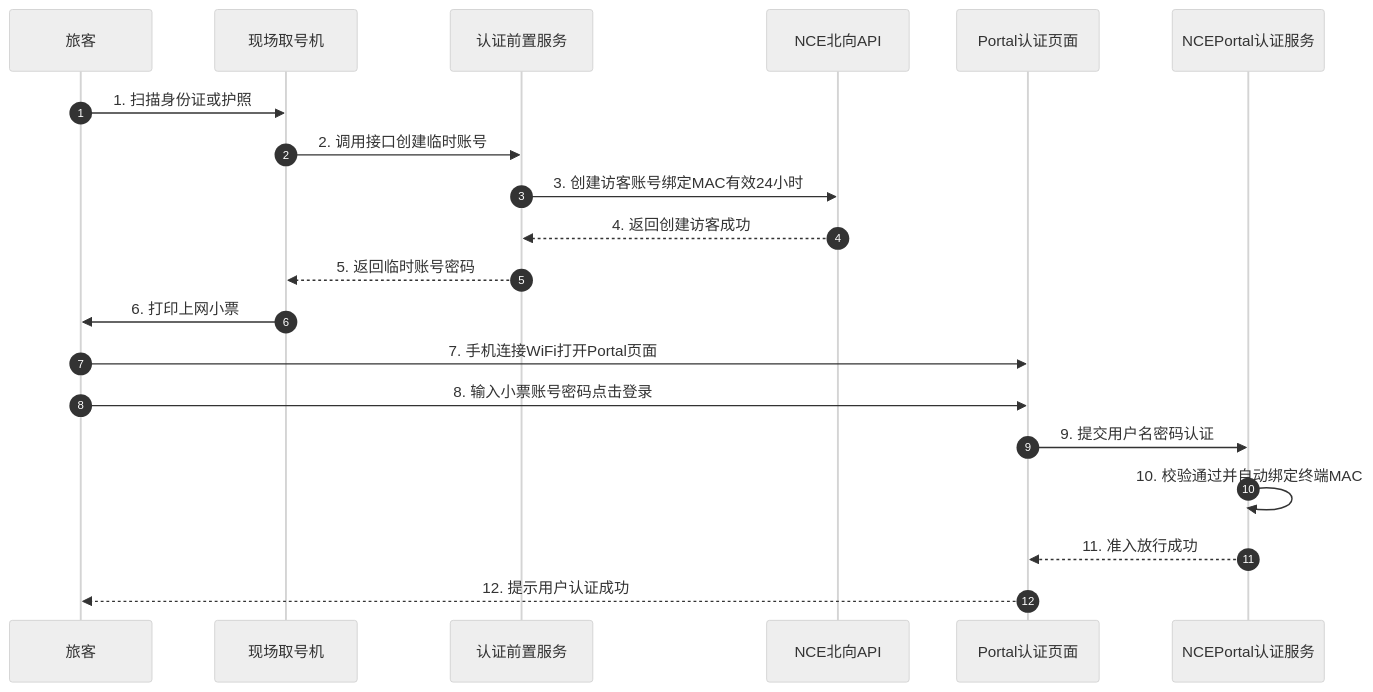
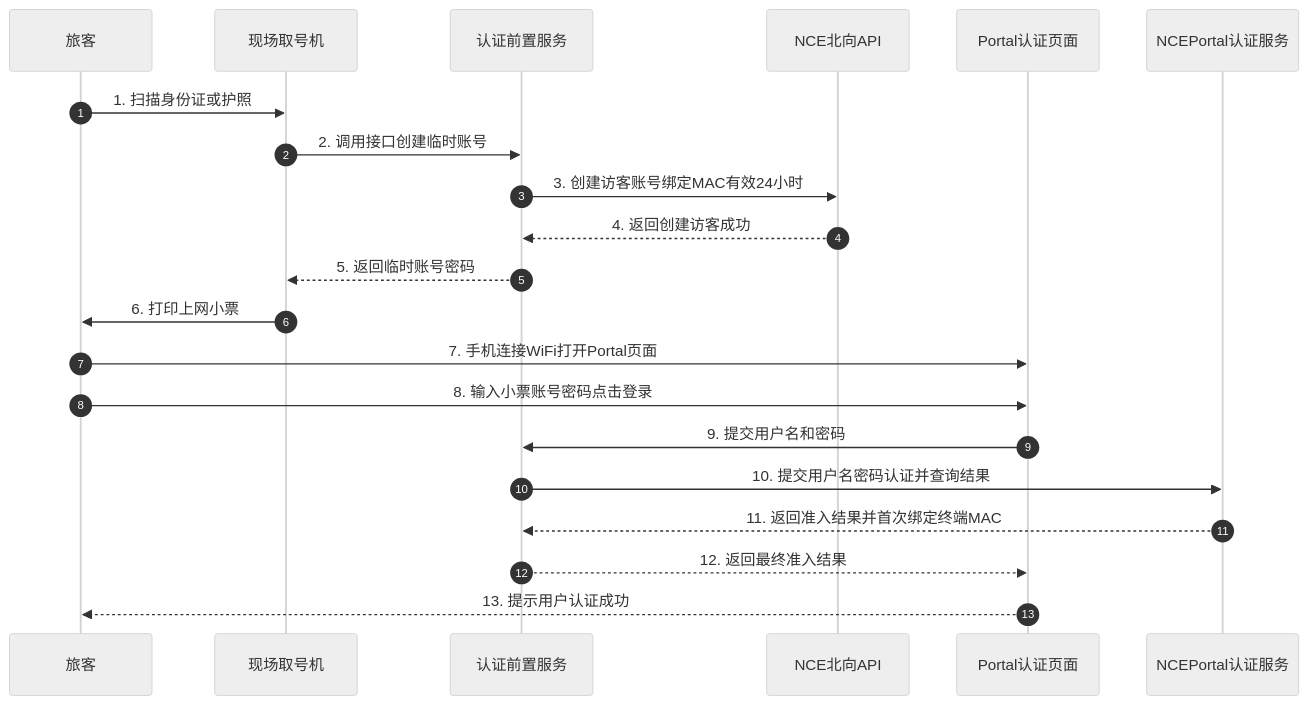
Before and after one commit to KoshiroPeng/vue-fastapi-admin: the fifth of 9 diagrams in doc/深圳机场WiFi多方式认证系统详细设计说明书.md, drawn with Mermaid (neutral theme). The commit also changed other lines of this file and 3 other files, not shown here.

````diff
--- a/doc/深圳机场WiFi多方式认证系统详细设计说明书.md
+++ b/doc/深圳机场WiFi多方式认证系统详细设计说明书.md
@@ -279,16 +279,17 @@
 ```mermaid
 sequenceDiagram
     autonumber
     旅客->>现场取号机: 1. 扫描身份证或护照
     现场取号机->>认证前置服务: 2. 调用接口创建临时账号
     认证前置服务->>NCE北向API: 3. 创建访客账号绑定MAC有效24小时
     NCE北向API-->>认证前置服务: 4. 返回创建访客成功
     认证前置服务-->>现场取号机: 5. 返回临时账号密码
     现场取号机->>旅客: 6. 打印上网小票
     旅客->>Portal认证页面: 7. 手机连接WiFi打开Portal页面
     旅客->>Portal认证页面: 8. 输入小票账号密码点击登录
-    Portal认证页面->>NCEPortal认证服务: 9. 提交用户名密码认证
-    NCEPortal认证服务->>NCEPortal认证服务: 10. 校验通过并自动绑定终端MAC
-    NCEPortal认证服务-->>Portal认证页面: 11. 准入放行成功
-    Portal认证页面-->>旅客: 12. 提示用户认证成功
+    Portal认证页面->>认证前置服务: 9. 提交用户名和密码
+    认证前置服务->>NCEPortal认证服务: 10. 提交用户名密码认证并查询结果
+    NCEPortal认证服务-->>认证前置服务: 11. 返回准入结果并首次绑定终端MAC
+    认证前置服务-->>Portal认证页面: 12. 返回最终准入结果
+    Portal认证页面-->>旅客: 13. 提示用户认证成功
 ```
````
